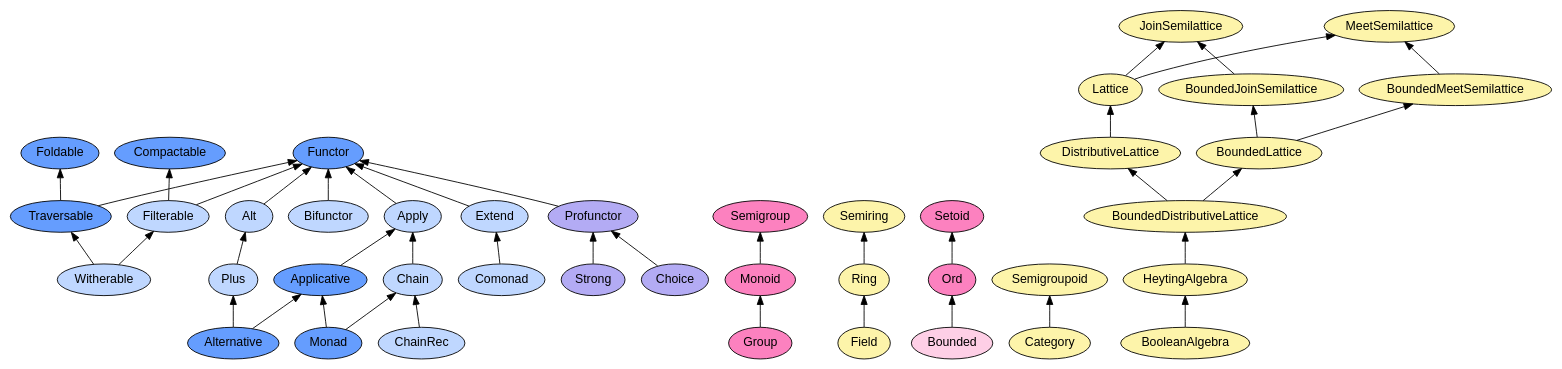
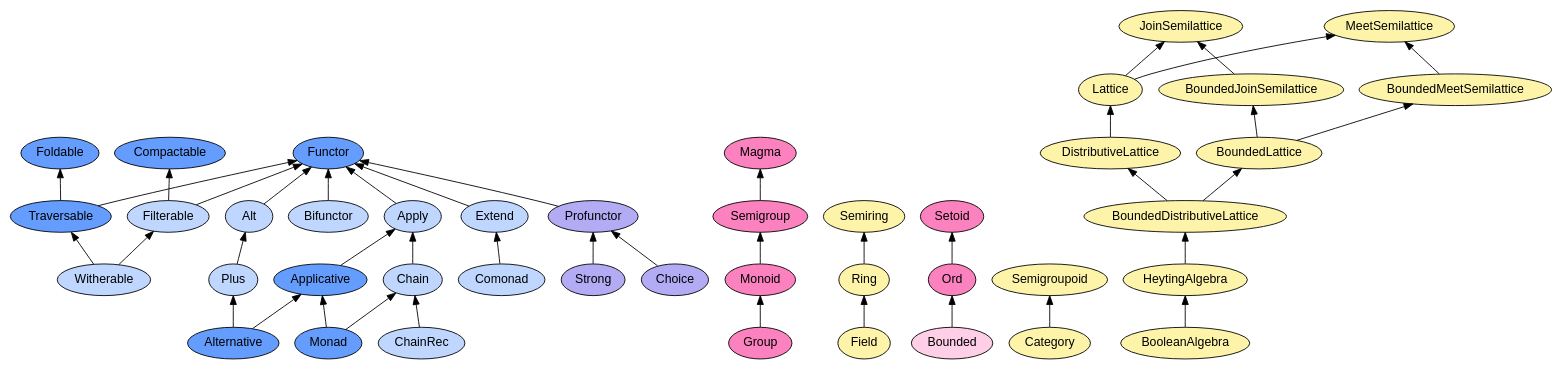
One commit to gcanti/fp-ts changed the diagram in docs/type-classes.dot. Above: the diagram before and after it, drawn with Graphviz. The commit also changed 2 other files, not shown here.

Commit message:
Document Magma

```diff
--- a/docs/type-classes.dot
+++ b/docs/type-classes.dot
@@ -1,99 +1,101 @@
 digraph G {
   rankdir=BT;
   node [fontname="arial"];
 
   node [style=filled,color=black,fillcolor="#B3ABF4"];
   "Choice" [URL="./modules/Choice.ts.html"];
   "Profunctor" [URL="./modules/Profunctor.ts.html"];
   "Strong" [URL="./modules/Strong.ts.html"];
 
   "Strong" -> "Profunctor"
   "Choice" -> "Profunctor"
 
   node [style=filled,color=black,fillcolor="#FC81BF"];
   "Group" [URL="./modules/Group.ts.html"];
+  "Magma" [URL="./modules/Magma.ts.html"];
   "Monoid" [URL="./modules/Monoid.ts.html"];
   "Semigroup" [URL="./modules/Semigroup.ts.html"];
 
   "Group" -> "Monoid"
   "Monoid" -> "Semigroup"
+  "Semigroup" -> "Magma"
 
   node [style=filled,color=black,fillcolor="#FDF4AA"];
   "Field" [URL="./modules/Field.ts.html"];
   "Ring" [URL="./modules/Ring.ts.html"];
   "Semiring" [URL="./modules/Semiring.ts.html"];
 
   "Field" -> "Ring" -> "Semiring"
 
   node [style=filled,color=black,fillcolor="#FC81BF"];
   "Ord" [URL="./modules/Ord.ts.html"];
   "Setoid" [URL="./modules/Setoid.ts.html"];
 
   node [style=filled,color=black,fillcolor="#FECFE6"];
   "Bounded" [URL="./modules/Bounded.ts.html"];
 
   "Bounded" -> "Ord" -> "Setoid"
 
   node [style=filled,color=black,fillcolor="#FDF4AA"];
   "Category" [URL="./modules/Category.ts.html"];
   "Semigroupoid" [URL="./modules/Semigroupoid.ts.html"];
 
   "Category" -> "Semigroupoid"
 
   node [style=filled,color=black,fillcolor="#659DFE"];
   "Alternative" [URL="./modules/Alternative.ts.html"];
   "Applicative" [URL="./modules/Applicative.ts.html"];
   "Compactable" [URL="./modules/Compactable.ts.html"];
   "Foldable" [URL="./modules/Foldable.ts.html"];
   "Functor" [URL="./modules/Functor.ts.html"];
   "Monad" [URL="./modules/Monad.ts.html"];
   "Traversable" [URL="./modules/Traversable.ts.html"];
 
   node [style=filled,color=black,fillcolor="#BFD7FF"];
   "Alt" [URL="./modules/Alt.ts.html"];
   "Apply" [URL="./modules/Apply.ts.html"];
   "Bifunctor" [URL="./modules/Bifunctor.ts.html"];
   "Chain" [URL="./modules/Chain.ts.html"];
   "ChainRec" [URL="./modules/ChainRec.ts.html"];
   "Comonad" [URL="./modules/Comonad.ts.html"];
   "Compactable" [URL="./modules/Compactable.ts.html"];
   "Extend" [URL="./modules/Extend.ts.html"];
   "Filterable" [URL="./modules/Filterable.ts.html"];
   "Plus" [URL="./modules/Plus.ts.html"];
   "Profunctor" [URL="./modules/Profunctor.ts.html"];
   "Witherable" [URL="./modules/Witherable.ts.html"];
 
   "Profunctor" -> "Functor"
   "Alt" -> "Functor"
   "Bifunctor" -> "Functor"
   "Alternative" -> "Applicative"
   "Alternative" -> "Plus" -> "Alt"
   "Monad" -> "Applicative" -> "Apply" -> "Functor"
   "Monad" -> "Chain" -> "Apply"
   "ChainRec" -> "Chain"
   "Comonad" -> "Extend" -> "Functor"
   "Traversable" -> "Foldable"
   "Traversable" -> "Functor"
   "Filterable" -> "Functor"
   "Filterable" -> "Compactable"
   "Witherable" -> "Traversable"
   "Witherable" -> "Filterable"
 
   node [style=filled,color=black,fillcolor="#FDF4AA"];
   "BooleanAlgebra" [URL="./modules/BooleanAlgebra.ts.html"];
   "BoundedDistributiveLattice" [URL="./modules/BoundedDistributiveLattice.ts.html"];
   "BoundedJoinSemilattice" [URL="./modules/BoundedJoinSemilattice.ts.html"];
   "BoundedLattice" [URL="./modules/BoundedLattice.ts.html"];
   "BoundedMeetSemilattice" [URL="./modules/BoundedMeetSemilattice.ts.html"];
   "DistributiveLattice" [URL="./modules/DistributiveLattice.ts.html"];
   "HeytingAlgebra" [URL="./modules/HeytingAlgebra.ts.html"];
   "JoinSemilattice" [URL="./modules/JoinSemilattice.ts.html"];
   "Lattice" [URL="./modules/Lattice.ts.html"];
   "MeetSemilattice" [URL="./modules/MeetSemilattice.ts.html"];
 
   "BooleanAlgebra" -> "HeytingAlgebra" -> "BoundedDistributiveLattice" -> "BoundedLattice" -> "BoundedJoinSemilattice"
   "BoundedDistributiveLattice" -> "DistributiveLattice" -> "Lattice" -> "JoinSemilattice"
   "Lattice" -> "MeetSemilattice"
   "BoundedJoinSemilattice" -> "JoinSemilattice"
   "BoundedLattice" -> "BoundedMeetSemilattice" -> "MeetSemilattice"
 }
```
